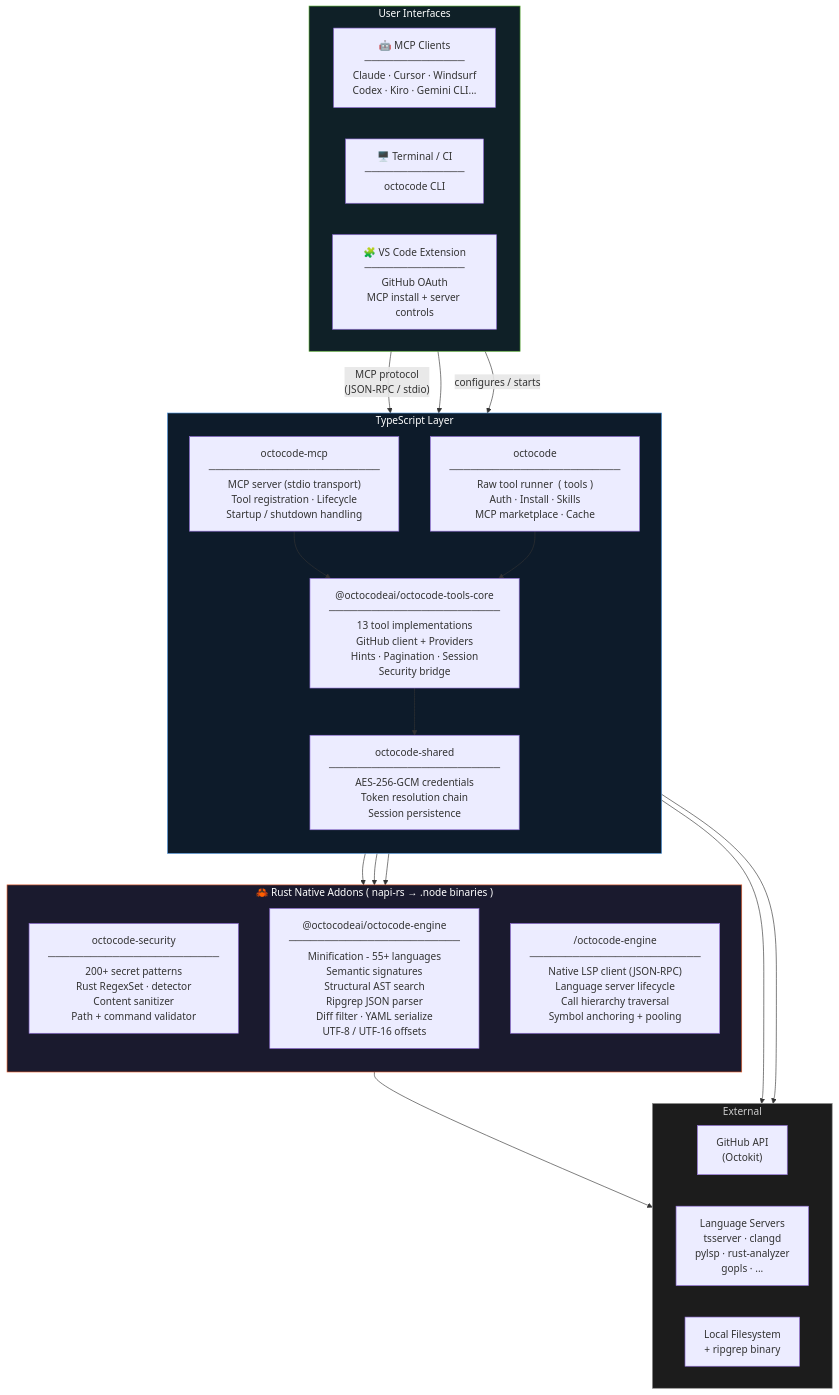
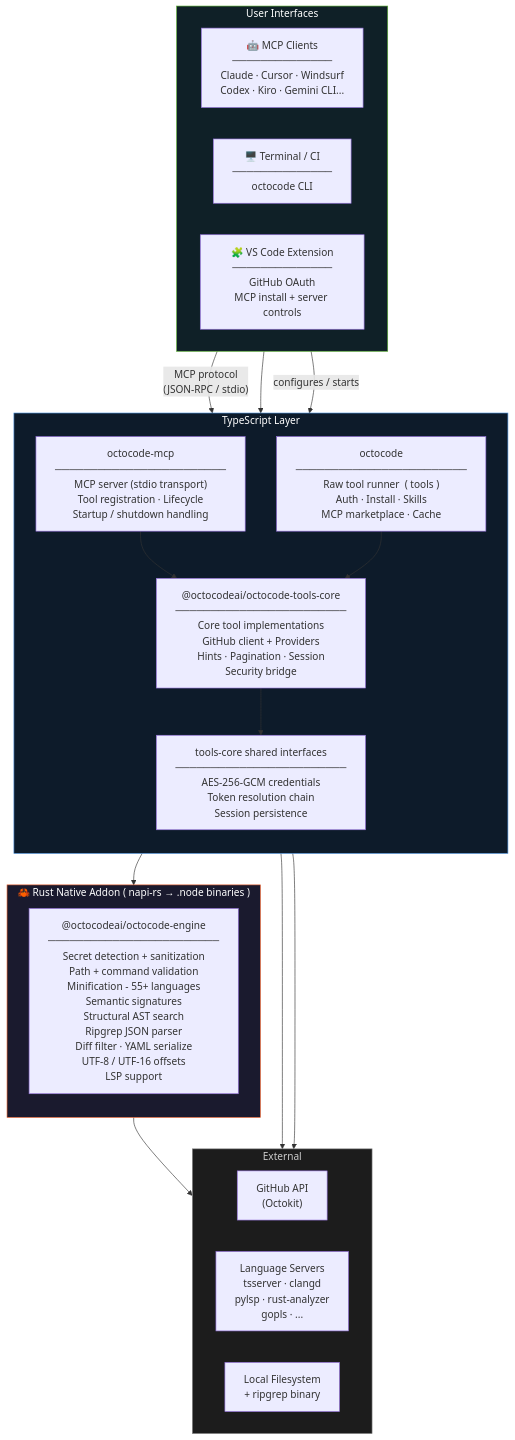
Before and after one commit to yermakoffivan/octocode: the diagram in README.md, drawn with Mermaid. The commit also changed other lines of this file and 299 other files, not shown here.

```diff
--- a/README.md
+++ b/README.md
@@ -390,45 +390,82 @@
 graph TB
     subgraph Clients["User Interfaces"]
         direction LR
-        MC["🤖 MCP Clients\n──────────────\nClaude · Cursor · Windsurf\nCodex · Kiro · Gemini CLI..."]
-        CLI["🖥️  Terminal / CI\n──────────────\noctocode CLI"]
-        VSC["🧩 VS Code Extension\n──────────────\nGitHub OAuth\nMCP install + server controls"]
+        MC["🤖 MCP Clients
+──────────────
+Claude · Cursor · Windsurf
+Codex · Kiro · Gemini CLI..."]
+        CLI["🖥️  Terminal / CI
+──────────────
+octocode CLI"]
+        VSC["🧩 VS Code Extension
+──────────────
+GitHub OAuth
+MCP install + server controls"]
     end
 
     subgraph TS["TypeScript Layer"]
         direction TB
-        MCP["octocode-mcp\n────────────────────────\nMCP server (stdio transport)\nTool registration · Lifecycle\nStartup / shutdown handling"]
-        CLIBIN["octocode\n────────────────────────\nRaw tool runner  ( tools )\nAuth · Install · Skills\nMCP marketplace · Cache"]
-        CORE["@octocodeai/octocode-tools-core\n────────────────────────\n13 tool implementations\nGitHub client + Providers\nHints · Pagination · Session\nSecurity bridge"]
-        SHARED["octocode-shared\n────────────────────────\nAES-256-GCM credentials\nToken resolution chain\nSession persistence"]
+        MCP["octocode-mcp
+────────────────────────
+MCP server (stdio transport)
+Tool registration · Lifecycle
+Startup / shutdown handling"]
+        CLIBIN["octocode
+────────────────────────
+Raw tool runner  ( tools )
+Auth · Install · Skills
+MCP marketplace · Cache"]
+        CORE["@octocodeai/octocode-tools-core
+────────────────────────
+Core tool implementations
+GitHub client + Providers
+Hints · Pagination · Session
+Security bridge"]
+        SHARED["tools-core shared interfaces
+────────────────────────
+AES-256-GCM credentials
+Token resolution chain
+Session persistence"]
     end
 
-    subgraph Rust["🦀 Rust Native Addons  ( napi-rs → .node binaries )"]
+    subgraph Rust["🦀 Rust Native Addon  ( napi-rs → .node binaries )"]
         direction TB
-        SEC["octocode-security\n────────────────────────\n200+ secret patterns\nRust RegexSet · detector\nContent sanitizer\nPath + command validator"]
-        CTX["@octocodeai/octocode-engine\n────────────────────────\nMinification - 55+ languages\nSemantic signatures\nStructural AST search\nRipgrep JSON parser\nDiff filter · YAML serialize\nUTF-8 / UTF-16 offsets"]
-        LSP["/octocode-engine\n────────────────────────\nNative LSP client (JSON-RPC)\nLanguage server lifecycle\nCall hierarchy traversal\nSymbol anchoring + pooling"]
+        ENGINE["@octocodeai/octocode-engine
+────────────────────────
+Secret detection + sanitization
+Path + command validation
+Minification - 55+ languages
+Semantic signatures
+Structural AST search
+Ripgrep JSON parser
+Diff filter · YAML serialize
+UTF-8 / UTF-16 offsets
+LSP support"]
     end
 
     subgraph Ext["External"]
         direction LR
-        GH["GitHub API\n(Octokit)"]
-        LS["Language Servers\ntsserver · clangd\npylsp · rust-analyzer\ngopls · ..."]
-        FS["Local Filesystem\n+ ripgrep binary"]
+        GH["GitHub API
+(Octokit)"]
+        LS["Language Servers
+tsserver · clangd
+pylsp · rust-analyzer
+gopls · ..."]
+        FS["Local Filesystem
++ ripgrep binary"]
     end
 
-    MC -- "MCP protocol\n(JSON-RPC / stdio)" --> MCP
+    MC -- "MCP protocol
+(JSON-RPC / stdio)" --> MCP
     CLI --> CLIBIN
     VSC -- "configures / starts" --> MCP
     MCP --> CORE
     CLIBIN --> CORE
-    CORE --> SEC
-    CORE --> CTX
-    CORE --> LSP
+    CORE --> ENGINE
     CORE --> SHARED
     CORE --> GH
     CORE --> FS
-    LSP --> LS
+    ENGINE --> LS
 
     style Rust fill:#1a1a2e,stroke:#e75d2a,color:#fff
     style TS fill:#0d1b2a,stroke:#4a90d9,color:#fff
```
